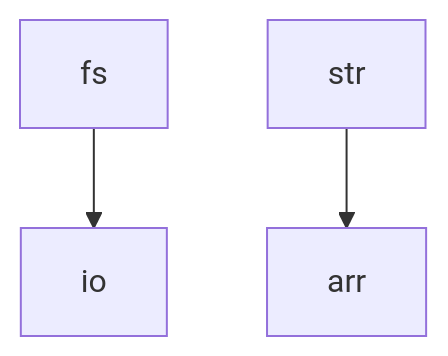
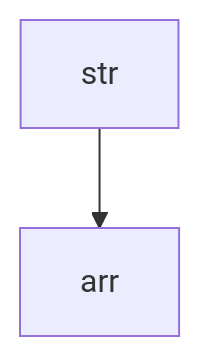
Before and after one commit to mattriley/node-1up: the diagram in README.md, drawn with Mermaid. The commit also changed other lines of this file and 16 other files, not shown here.

````diff
--- a/README.md
+++ b/README.md
@@ -20,5 +20,4 @@
 ```mermaid
 graph TD;
-    fs-->io;
     str-->arr;
 ```
````
